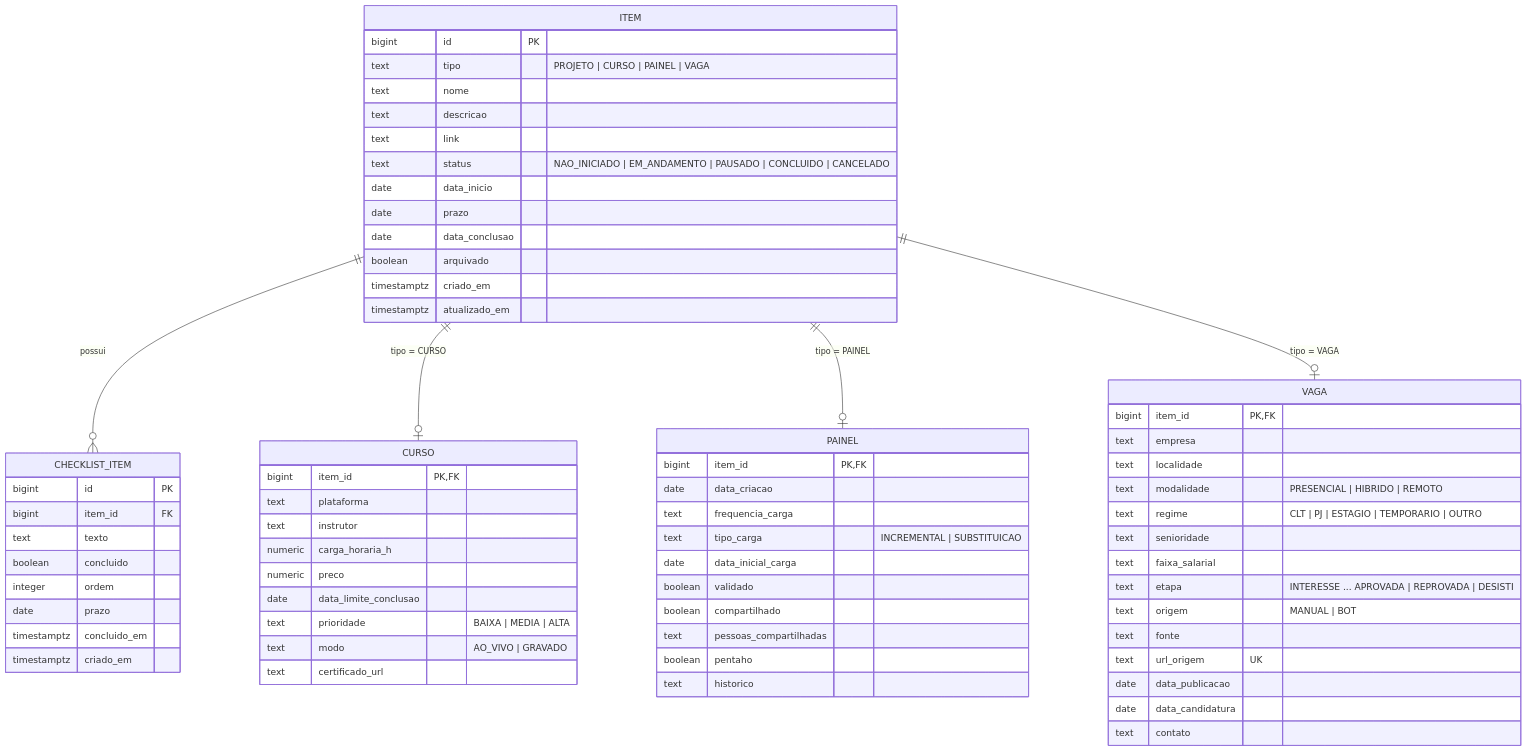
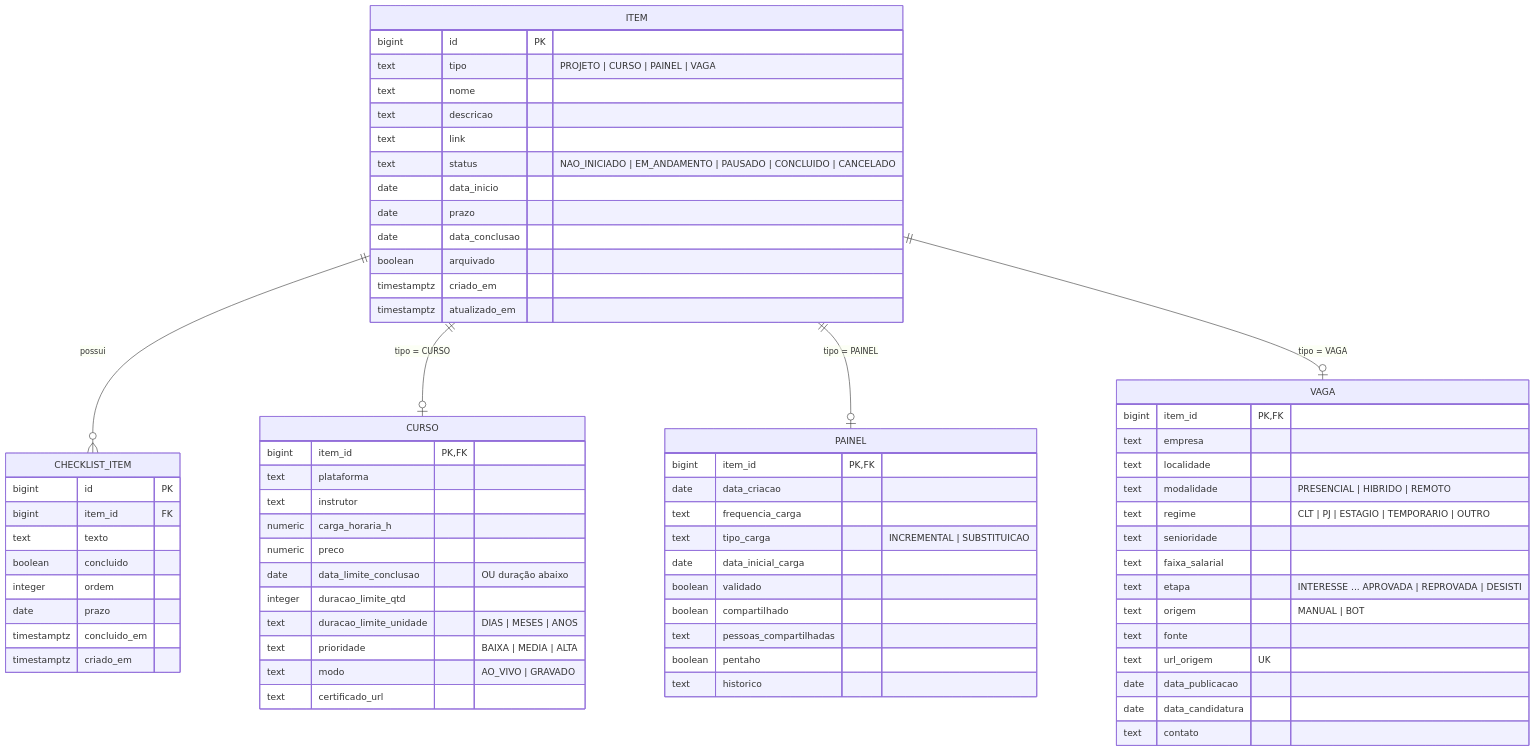
Before and after one commit to analuizabastos/keepup: the diagram in docs/DER.md, drawn with Mermaid. The commit also changed other lines of this file and 4 other files, not shown here.

````diff
--- a/docs/DER.md
+++ b/docs/DER.md
@@ -8,75 +13,77 @@
 ```mermaid
 erDiagram
     ITEM ||--o{ CHECKLIST_ITEM : "possui"
     ITEM ||--o| CURSO : "tipo = CURSO"
     ITEM ||--o| PAINEL : "tipo = PAINEL"
     ITEM ||--o| VAGA : "tipo = VAGA"
 
     ITEM {
         bigint id PK
         text tipo "PROJETO | CURSO | PAINEL | VAGA"
         text nome
         text descricao
         text link
         text status "NAO_INICIADO | EM_ANDAMENTO | PAUSADO | CONCLUIDO | CANCELADO"
         date data_inicio
         date prazo
         date data_conclusao
         boolean arquivado
         timestamptz criado_em
         timestamptz atualizado_em
     }
 
     CHECKLIST_ITEM {
         bigint id PK
         bigint item_id FK
         text texto
         boolean concluido
         integer ordem
         date prazo
         timestamptz concluido_em
         timestamptz criado_em
     }
 
     CURSO {
         bigint item_id PK,FK
         text plataforma
         text instrutor
         numeric carga_horaria_h
         numeric preco
-        date data_limite_conclusao
+        date data_limite_conclusao "OU duração abaixo"
+        integer duracao_limite_qtd
+        text duracao_limite_unidade "DIAS | MESES | ANOS"
         text prioridade "BAIXA | MEDIA | ALTA"
         text modo "AO_VIVO | GRAVADO"
         text certificado_url
     }
 
     PAINEL {
         bigint item_id PK,FK
         date data_criacao
         text frequencia_carga
         text tipo_carga "INCREMENTAL | SUBSTITUICAO"
         date data_inicial_carga
         boolean validado
         boolean compartilhado
         text pessoas_compartilhadas
         boolean pentaho
         text historico
     }
 
     VAGA {
         bigint item_id PK,FK
         text empresa
         text localidade
         text modalidade "PRESENCIAL | HIBRIDO | REMOTO"
         text regime "CLT | PJ | ESTAGIO | TEMPORARIO | OUTRO"
         text senioridade
         text faixa_salarial
         text etapa "INTERESSE ... APROVADA | REPROVADA | DESISTI"
         text origem "MANUAL | BOT"
         text fonte
         text url_origem UK
         date data_publicacao
         date data_candidatura
         text contato
     }
 ```
````
